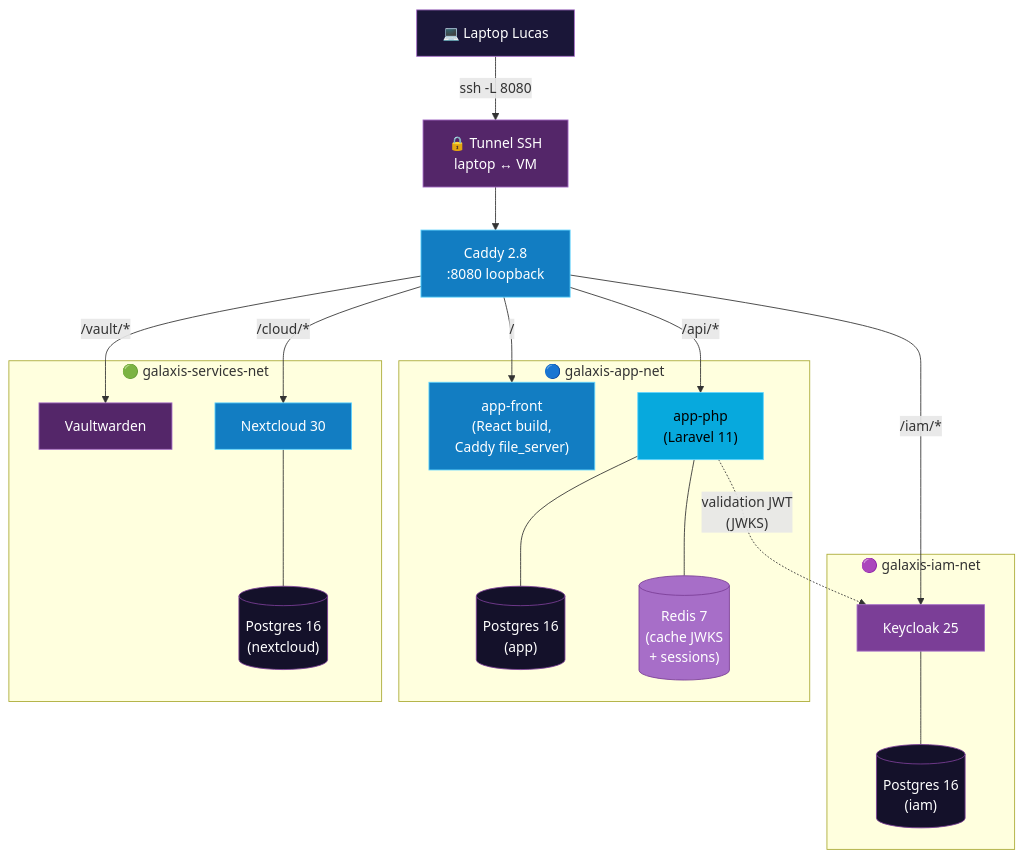
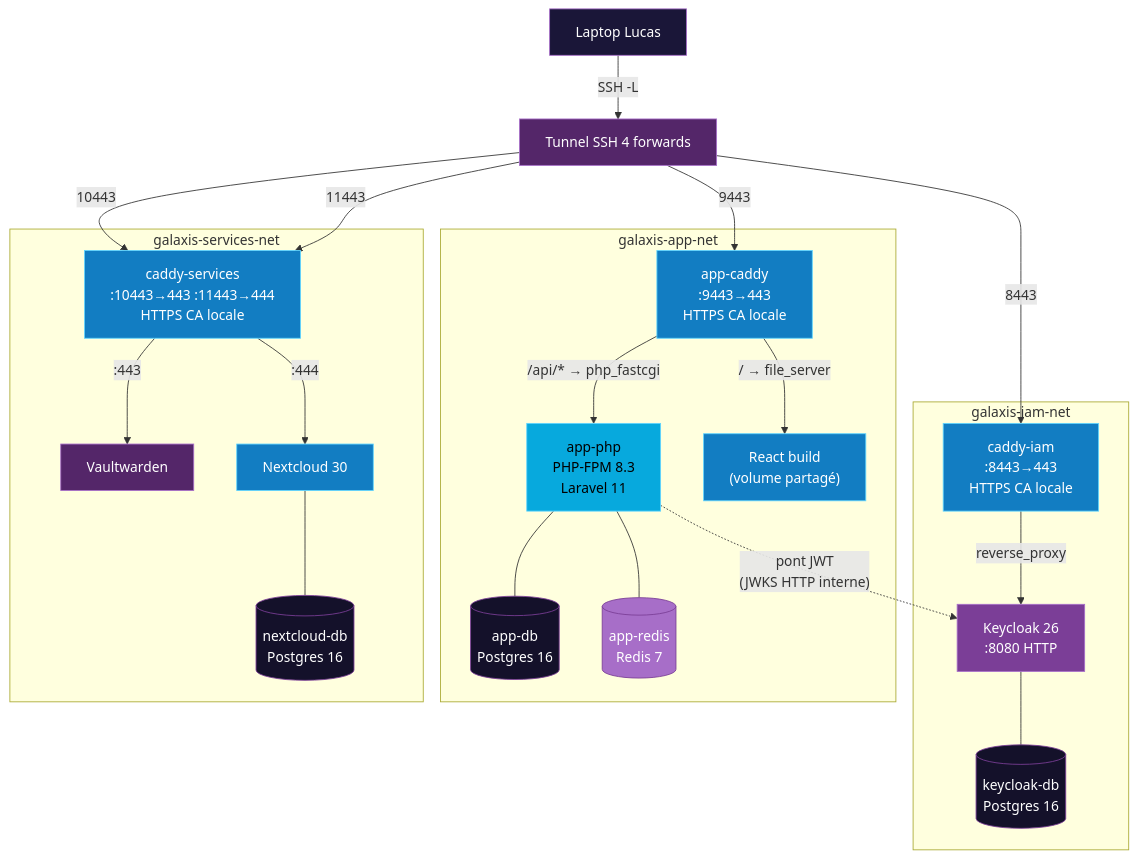
One commit to AstroTechsRepo/Galaxis-POC changed the diagram in docs/documentations/technique/01-architecture-poc.md. Above: the diagram before and after it, drawn with Mermaid. The commit also changed other lines of this file and 3 other files, not shown here.

````diff
--- a/docs/documentations/technique/01-architecture-poc.md
+++ b/docs/documentations/technique/01-architecture-poc.md
@@ -15,48 +15,54 @@
 ```mermaid
 flowchart TB
-    laptop["💻 Laptop Lucas"]:::laptop
-    tunnel["🔒 Tunnel SSH<br/>laptop ↔ VM"]:::ssh
-    caddy["Caddy 2.8<br/>:8080 loopback"]:::proxy
+    laptop["Laptop Lucas"]:::laptop
+    tunnel["Tunnel SSH 4 forwards"]:::ssh
 
-    subgraph iam["🟣 galaxis-iam-net"]
-      kc["Keycloak 25"]:::kc
-      kcdb[("Postgres 16<br/>(iam)")]:::db
+    subgraph iam["galaxis-iam-net"]
+      ciam["caddy-iam<br/>:8443→443<br/>HTTPS CA locale"]:::proxy
+      kc["Keycloak 26<br/>:8080 HTTP"]:::kc
+      kcdb[("keycloak-db<br/>Postgres 16")]:::db
+      ciam -->|reverse_proxy| kc
+      kc --- kcdb
     end
 
-    subgraph app["🔵 galaxis-app-net"]
-      front["app-front<br/>(React build,<br/>Caddy file_server)"]:::front
-      php["app-php<br/>(Laravel 11)"]:::php
-      adb[("Postgres 16<br/>(app)")]:::db
-      redis[("Redis 7<br/>(cache JWKS<br/>+ sessions)")]:::redis
+    subgraph app["galaxis-app-net"]
+      capp["app-caddy<br/>:9443→443<br/>HTTPS CA locale"]:::proxy
+      php["app-php<br/>PHP-FPM 8.3<br/>Laravel 11"]:::php
+      adb[("app-db<br/>Postgres 16")]:::db
+      redis[("app-redis<br/>Redis 7")]:::redis
+      front["React build<br/>(volume partagé)"]:::front
+      capp -->|"/api/* → php_fastcgi"| php
+      capp -->|"/ → file_server"| front
+      php --- adb
+      php --- redis
     end
 
-    subgraph svc["🟢 galaxis-services-net"]
+    subgraph svc["galaxis-services-net"]
+      csvc["caddy-services<br/>:10443→443 :11443→444<br/>HTTPS CA locale"]:::proxy
       vw["Vaultwarden"]:::vw
       nc["Nextcloud 30"]:::nc
-      ncdb[("Postgres 16<br/>(nextcloud)")]:::db
+      ncdb[("nextcloud-db<br/>Postgres 16")]:::db
+      csvc -->|":443"| vw
+      csvc -->|":444"| nc
+      nc --- ncdb
     end
 
-    laptop -->|"ssh -L 8080"| tunnel --> caddy
-    caddy -->|"/"| front
-    caddy -->|"/api/*"| php
-    caddy -->|"/iam/*"| kc
-    caddy -->|"/vault/*"| vw
-    caddy -->|"/cloud/*"| nc
+    laptop -->|SSH -L| tunnel
+    tunnel -->|8443| ciam
+    tunnel -->|9443| capp
+    tunnel -->|10443| csvc
+    tunnel -->|11443| csvc
 
-    php -.->|"validation JWT<br/>(JWKS)"| kc
-    php --- adb
-    php --- redis
-    kc --- kcdb
-    nc --- ncdb
+    php -.->|"pont JWT<br/>(JWKS HTTP interne)"| kc
 
     classDef proxy fill:#127DC2,stroke:#60D5FF,color:#fff
     classDef laptop fill:#1a1638,stroke:#A76EC8,color:#fff
     classDef ssh fill:#542669,stroke:#A76EC8,color:#fff
     classDef kc fill:#7B3E97,stroke:#A76EC8,color:#fff
     classDef front fill:#127DC2,stroke:#60D5FF,color:#fff
     classDef php fill:#07A9DD,stroke:#60D5FF,color:#000
     classDef redis fill:#A76EC8,stroke:#7B3E97,color:#fff
     classDef vw fill:#542669,stroke:#A76EC8,color:#fff
     classDef nc fill:#127DC2,stroke:#60D5FF,color:#fff
     classDef db fill:#14112A,stroke:#7B3E97,color:#fff
 ```
````
